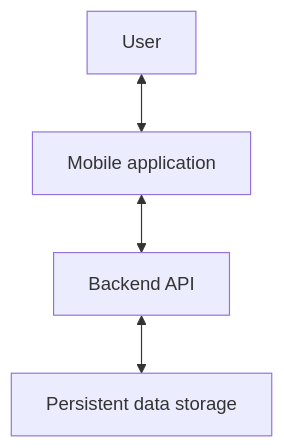
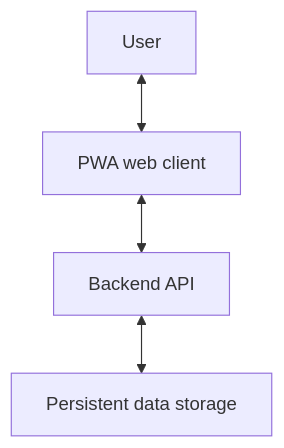
The first of 2 diagrams in docs/architecture.md (TomasAngarita24/ASCEND), drawn with Mermaid before and after one commit. The commit also changed other lines of this file and 196 other files, not shown here.

````diff
--- a/docs/architecture.md
+++ b/docs/architecture.md
@@ -11,6 +11,6 @@
 ```mermaid
 flowchart TD
-    User["User"] <--> Mobile["Mobile application"]
-    Mobile <--> API["Backend API"]
+    User["User"] <--> PWA["PWA web client"]
+    PWA <--> API["Backend API"]
     API <--> Data["Persistent data storage"]
 ```
````
